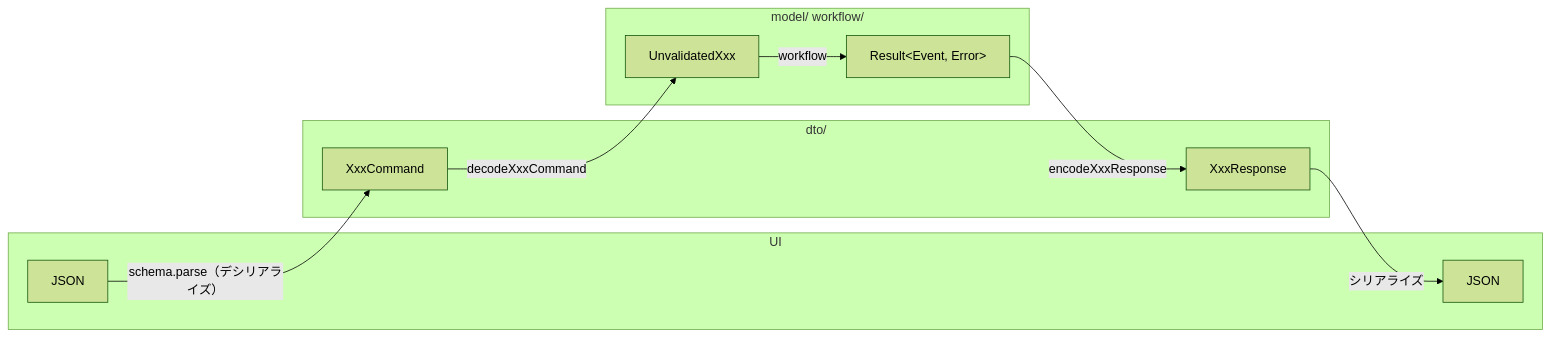
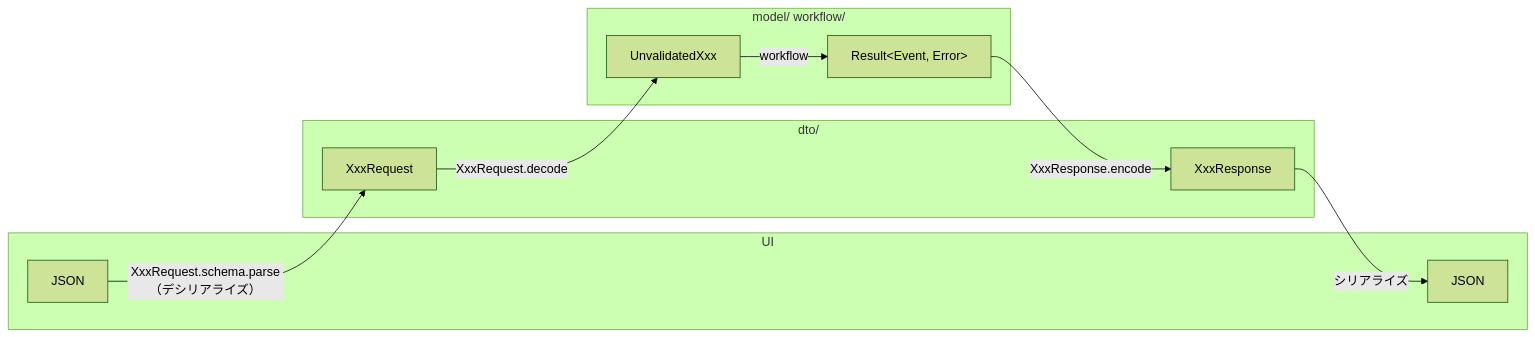
The diagram in docs/architecture.md (IJproject/functional-ddd-tutorial), drawn with Mermaid (forest theme) before and after one commit. The commit also changed other lines of this file and 27 other files, not shown here.

````diff
--- a/docs/architecture.md
+++ b/docs/architecture.md
@@ -103,20 +103,20 @@
 ```mermaid
 flowchart LR
     subgraph ui[UI]
         JSONin[JSON]
         JSONout[JSON]
     end
     subgraph dto[dto/]
-        Cmd[XxxCommand]
+        Req[XxxRequest]
         Res[XxxResponse]
     end
     subgraph domain[model/ workflow/]
         Unv[UnvalidatedXxx]
         Result["Result&lt;Event, Error&gt;"]
     end
-    JSONin -- "schema.parse（デシリアライズ）" --> Cmd
-    Cmd -- "decodeXxxCommand" --> Unv
+    JSONin -- "XxxRequest.schema.parse（デシリアライズ）" --> Req
+    Req -- "XxxRequest.decode" --> Unv
     Unv -- "workflow" --> Result
-    Result -- "encodeXxxResponse" --> Res
+    Result -- "XxxResponse.encode" --> Res
     Res -- "シリアライズ" --> JSONout
 ```
````
